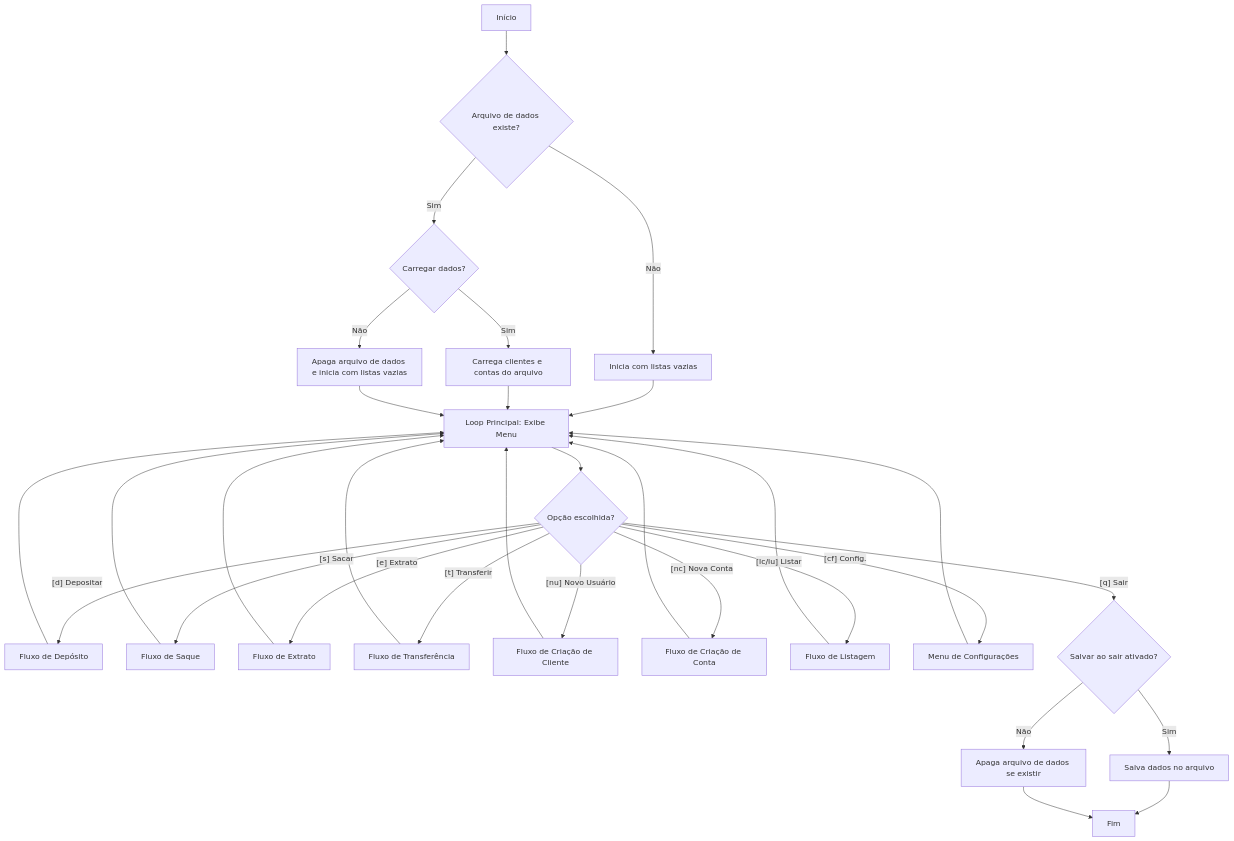
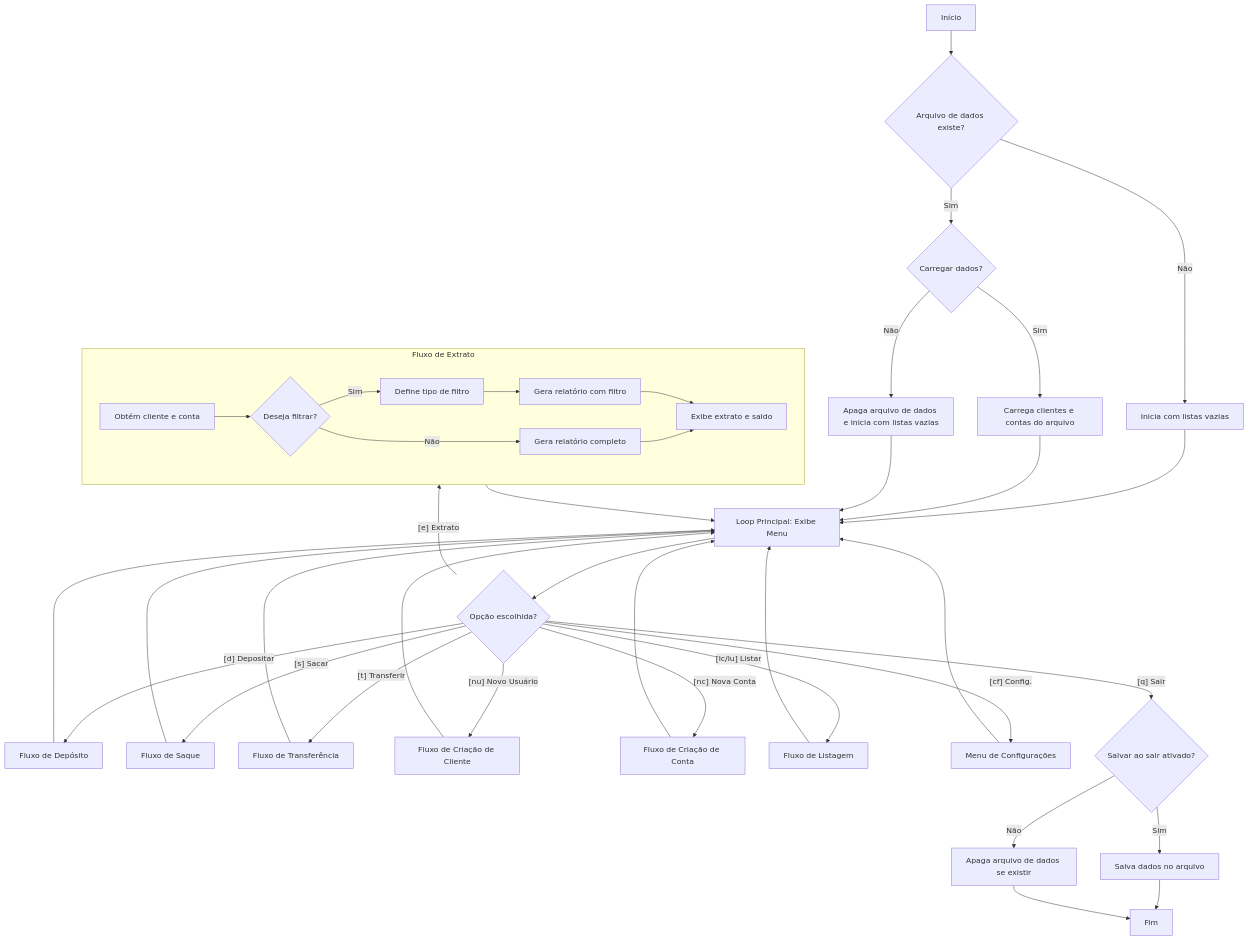
One commit to R1c4rd0F4gund3s/DIO-Santander-Bootcamp-2025-Back-End-Python-Sistema-Bancario changed the diagram in doc/fluxograma.md. Above: the diagram before and after it, drawn with Mermaid. The commit also changed 2 other files, not shown here.

Commit message:
Atualizado o manual, diagrama e fluxograma.

````diff
--- a/doc/fluxograma.md
+++ b/doc/fluxograma.md
@@ -1,37 +1,53 @@
 ```mermaid
 flowchart TD
     A[Início] --> B{Arquivo de dados existe?};
     B -- Sim --> C{Carregar dados?};
     B -- Não --> D[Inicia com listas vazias];
     C -- Sim --> E[Carrega clientes e contas do arquivo];
     C -- Não --> F[Apaga arquivo de dados e inicia com listas vazias];
     D --> G[Loop Principal: Exibe Menu];
     E --> G;
     F --> G;
     
     G --> H{Opção escolhida?};
     H -- [d] Depositar --> I[Fluxo de Depósito];
     H -- [s] Sacar --> J[Fluxo de Saque];
-    H -- [e] Extrato --> K[Fluxo de Extrato];
+    H -- [e] Extrato --> K_SUB;
     H -- [t] Transferir --> L[Fluxo de Transferência];
     H -- [nu] Novo Usuário --> M[Fluxo de Criação de Cliente];
     H -- [nc] Nova Conta --> N[Fluxo de Criação de Conta];
     H -- [lc/lu] Listar --> O[Fluxo de Listagem];
     H -- [cf] Config. --> P[Menu de Configurações];
     
+    subgraph K_SUB [Fluxo de Extrato]
+        direction LR
+        K1[Obtém cliente e conta]
+        K2{Deseja filtrar?}
+        K3[Define tipo de filtro]
+        K4[Gera relatório com filtro]
+        K5[Gera relatório completo]
+        K6[Exibe extrato e saldo]
+        
+        K1 --> K2
+        K2 -- Sim --> K3 --> K4
+        K2 -- Não --> K5
+        K4 --> K6
+        K5 --> K6
+    end
+
     I --> G;
     J --> G;
-    K --> G;
+    K_SUB --> G;
     L --> G;
     M --> G;
     N --> G;
     O --> G;
     P --> G;
 
     H -- [q] Sair --> Q{Salvar ao sair ativado?};
     Q -- Sim --> R[Salva dados no arquivo];
     Q -- Não --> S[Apaga arquivo de dados se existir];
     R --> T[Fim];
     S --> T;
 
 ```
````
